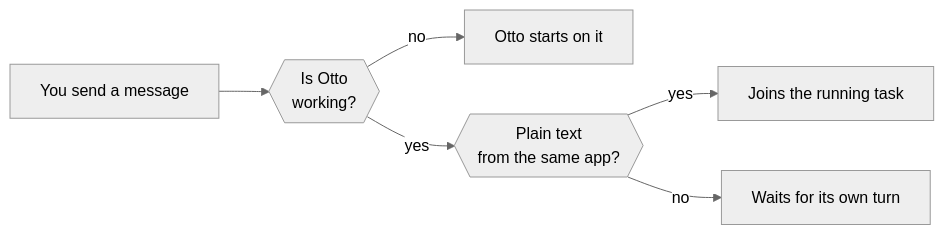
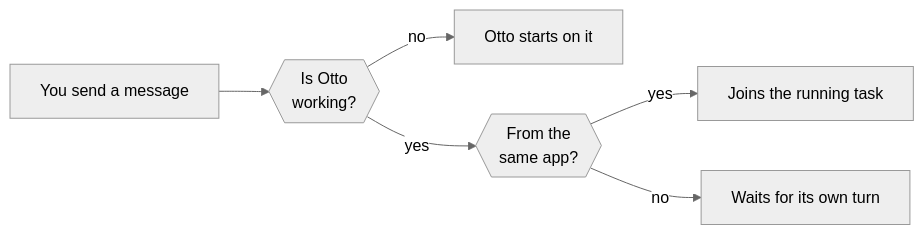
The diagram in docs/src/content/docs/use/chat.md (KrishBhimani/nod), drawn with Mermaid (neutral theme) before and after one commit. The commit also changed other lines of this file and 169 other files, not shown here.

````diff
--- a/docs/src/content/docs/use/chat.md
+++ b/docs/src/content/docs/use/chat.md
@@ -25,8 +25,8 @@
 ```mermaid
 flowchart LR
   new[You send a message] --> busy{{Is Otto<br/>working?}}
   busy -- no --> run[Otto starts on it]:::go
-  busy -- yes --> plain{{Plain text<br/>from the same app?}}
+  busy -- yes --> plain{{From the<br/>same app?}}
   plain -- yes --> join[Joins the running task]:::accent
   plain -- no --> queue[Waits for its own turn]:::muted
 ```
````
